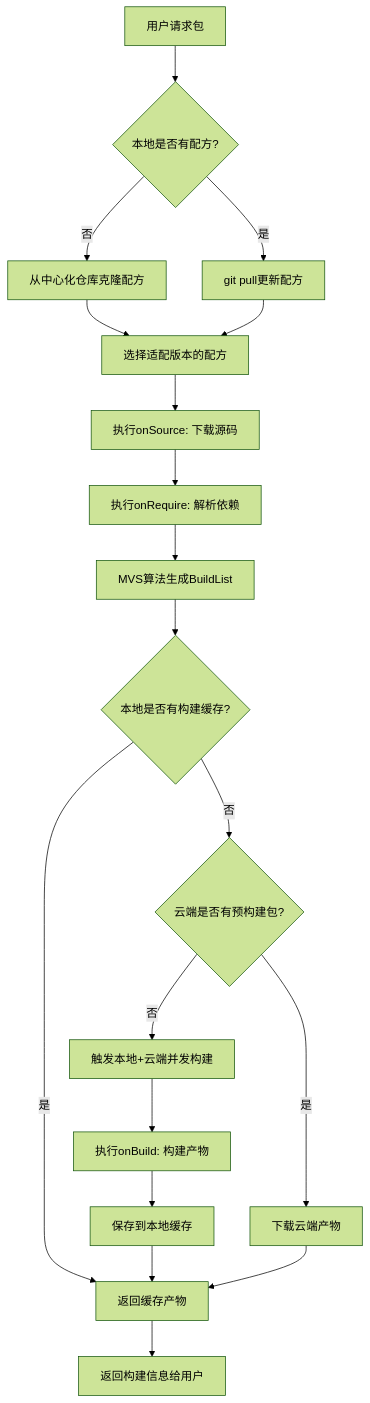
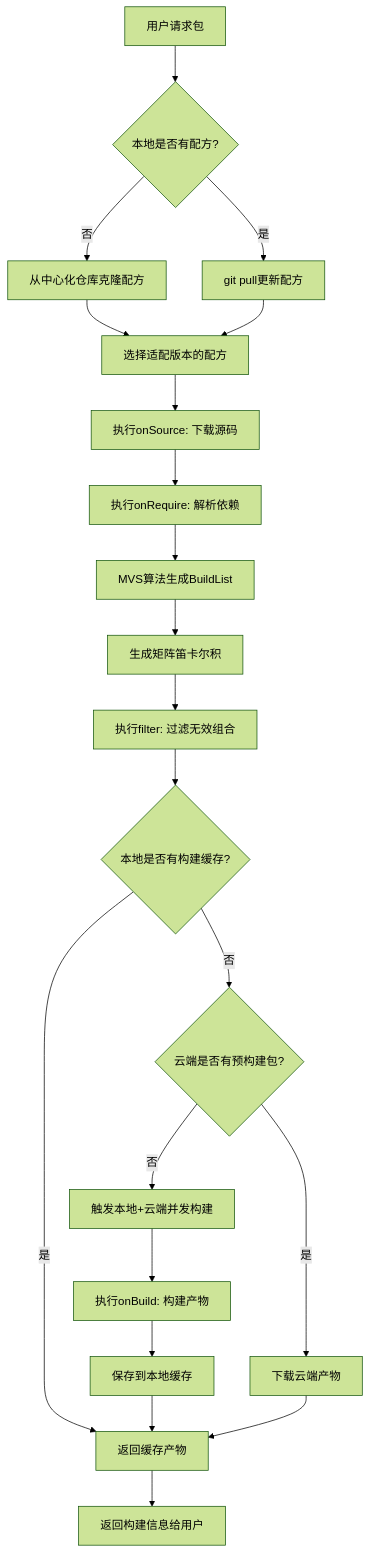
One commit to goplus/llar changed the fourth of 4 diagrams in docs/formulas.md. Above: the diagram before and after it, drawn with Mermaid (forest theme). The commit also changed other lines of this file and 1 other file, not shown here.

````diff
--- a/docs/formulas.md
+++ b/docs/formulas.md
@@ -1062,21 +1371,23 @@
 ```mermaid
 graph TD
 A[用户请求包] --> B{本地是否有配方?}
 B -- 否 --> C[从中心化仓库克隆配方]
 B -- 是 --> D[git pull更新配方]
 C --> E[选择适配版本的配方]
 D --> E
 E --> F[执行onSource: 下载源码]
 F --> G[执行onRequire: 解析依赖]
 G --> H[MVS算法生成BuildList]
-H --> I{本地是否有构建缓存?}
+H --> H1[生成矩阵笛卡尔积]
+H1 --> H2[执行filter: 过滤无效组合]
+H2 --> I{本地是否有构建缓存?}
 I -- 是 --> J[返回缓存产物]
 I -- 否 --> K{云端是否有预构建包?}
 K -- 是 --> L[下载云端产物]
 K -- 否 --> M[触发本地+云端并发构建]
 M --> N[执行onBuild: 构建产物]
 N --> O[保存到本地缓存]
 O --> J
 L --> J
 J --> P[返回构建信息给用户]
 ```
````
